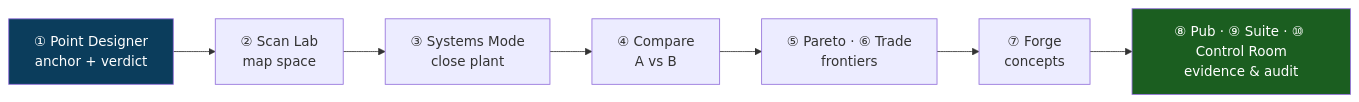
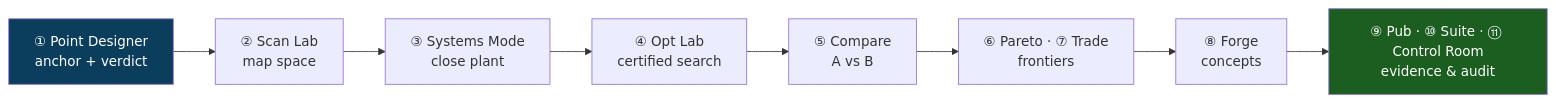
The second of 6 diagrams in README.md (afshin-arj/SHAMS-0D-Tokamak-Design-Studio), drawn with Mermaid before and after one commit. The commit also changed other lines of this file and 17 other files, not shown here.

First line of the commit message:
1.1: Opt Lab certified-search entry surface (propose to CCFS)

````diff
--- a/README.md
+++ b/README.md
@@ -73,12 +73,13 @@
 ```mermaid
 flowchart LR
   A["① Point Designer<br/>anchor + verdict"] --> B["② Scan Lab<br/>map space"]
   B --> C["③ Systems Mode<br/>close plant"]
-  C --> D["④ Compare<br/>A vs B"]
-  D --> E["⑤ Pareto · ⑥ Trade<br/>frontiers"]
-  E --> F["⑦ Forge<br/>concepts"]
-  F --> G["⑧ Pub · ⑨ Suite · ⑩ Control Room<br/>evidence & audit"]
+  C --> OL["④ Opt Lab<br/>certified search"]
+  OL --> D["⑤ Compare<br/>A vs B"]
+  D --> E["⑥ Pareto · ⑦ Trade<br/>frontiers"]
+  E --> F["⑧ Forge<br/>concepts"]
+  F --> G["⑨ Pub · ⑩ Suite · ⑪ Control Room<br/>evidence & audit"]
 
   style A fill:#0B3D5C,color:#fff
   style G fill:#1B5E20,color:#fff
 ```
````
